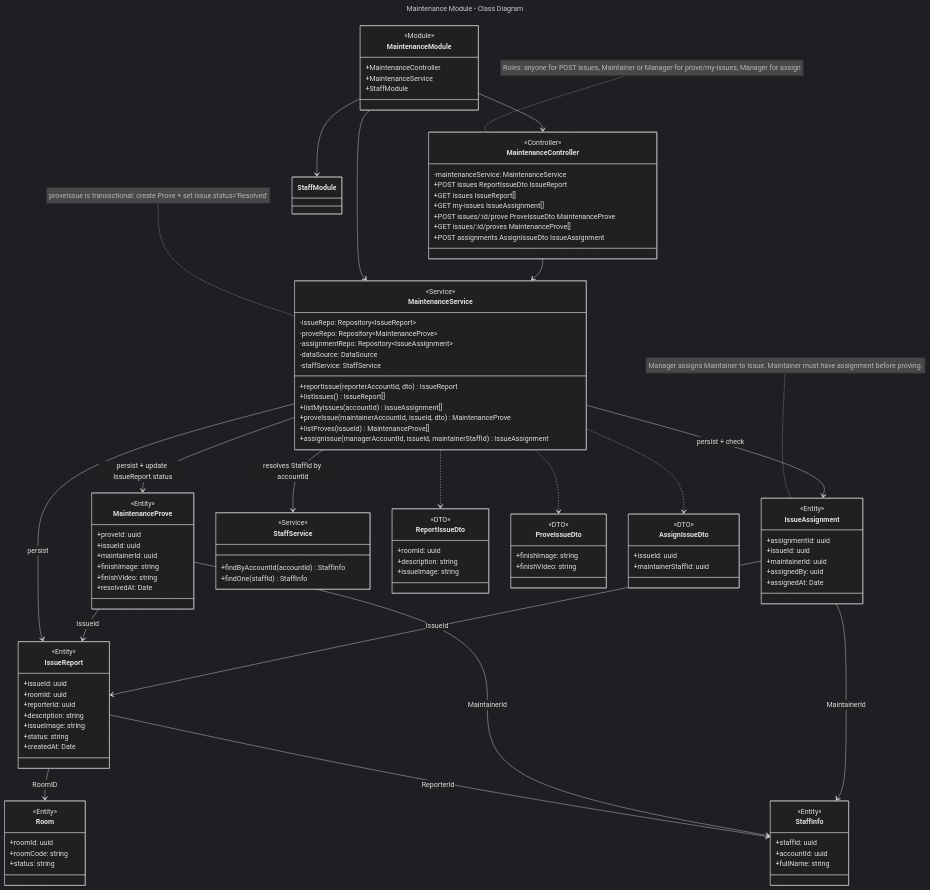
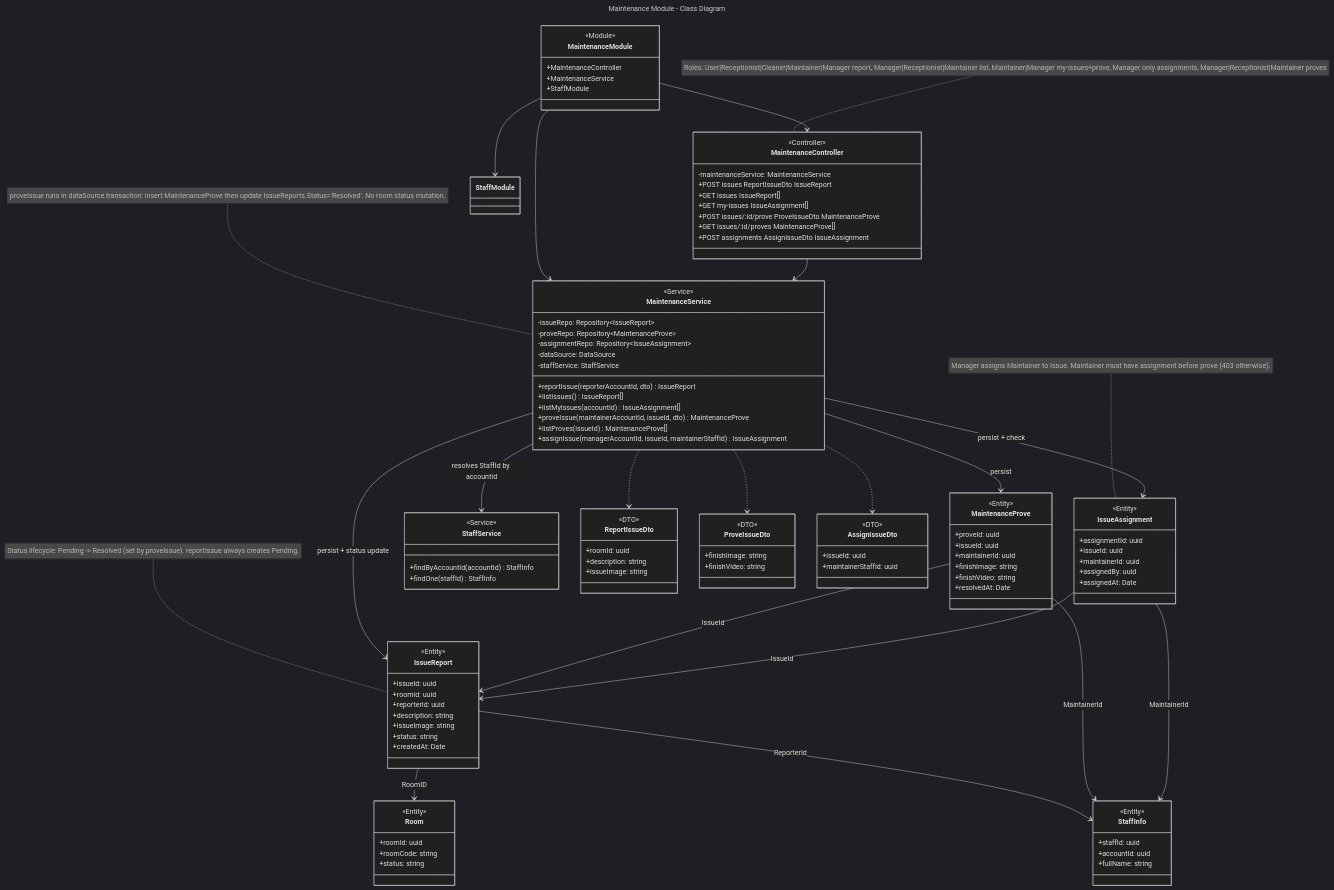
One commit to Notimemech/HotelHubManagement changed the diagram in docs/modules/maintenance/class.mmd. Above: the diagram before and after it, drawn with Mermaid (dark theme). The commit also changed 6 other files, not shown here.

Commit message:
feat: Update housekeeping and maintenance diagrams with new classes and sequence flows

```diff
--- a/docs/modules/maintenance/class.mmd
+++ b/docs/modules/maintenance/class.mmd
@@ -1,129 +1,130 @@
 ---
 title: Maintenance Module - Class Diagram
 ---
 classDiagram
     class MaintenanceModule {
         <<Module>>
         +MaintenanceController
         +MaintenanceService
         +StaffModule
     }
 
     class MaintenanceController {
         <<Controller>>
         -maintenanceService: MaintenanceService
         +POST issues ReportIssueDto IssueReport
         +GET issues IssueReport[]
         +GET my-issues IssueAssignment[]
         +POST issues/:id/prove ProveIssueDto MaintenanceProve
         +GET issues/:id/proves MaintenanceProve[]
         +POST assignments AssignIssueDto IssueAssignment
     }
 
     class MaintenanceService {
         <<Service>>
         -issueRepo: Repository~IssueReport~
         -proveRepo: Repository~MaintenanceProve~
         -assignmentRepo: Repository~IssueAssignment~
         -dataSource: DataSource
         -staffService: StaffService
         +reportIssue(reporterAccountId, dto) IssueReport
         +listIssues() IssueReport[]
         +listMyIssues(accountId) IssueAssignment[]
         +proveIssue(maintainerAccountId, issueId, dto) MaintenanceProve
         +listProves(issueId) MaintenanceProve[]
         +assignIssue(managerAccountId, issueId, maintainerStaffId) IssueAssignment
     }
 
     class IssueReport {
         <<Entity>>
         +issueId: uuid
         +roomId: uuid
         +reporterId: uuid
         +description: string
         +issueImage: string
         +status: string
         +createdAt: Date
     }
 
     class MaintenanceProve {
         <<Entity>>
         +proveId: uuid
         +issueId: uuid
         +maintainerId: uuid
         +finishImage: string
         +finishVideo: string
         +resolvedAt: Date
     }
 
     class IssueAssignment {
         <<Entity>>
         +assignmentId: uuid
         +issueId: uuid
         +maintainerId: uuid
         +assignedBy: uuid
         +assignedAt: Date
     }
 
     class Room {
         <<Entity>>
         +roomId: uuid
         +roomCode: string
         +status: string
     }
 
     class StaffInfo {
         <<Entity>>
         +staffId: uuid
         +accountId: uuid
         +fullName: string
     }
 
     class StaffService {
         <<Service>>
         +findByAccountId(accountId) StaffInfo
         +findOne(staffId) StaffInfo
     }
 
     class ReportIssueDto {
         <<DTO>>
         +roomId: uuid
         +description: string
         +issueImage: string
     }
 
     class ProveIssueDto {
         <<DTO>>
         +finishImage: string
         +finishVideo: string
     }
 
     class AssignIssueDto {
         <<DTO>>
         +issueId: uuid
         +maintainerStaffId: uuid
     }
 
     MaintenanceModule --> MaintenanceController
     MaintenanceModule --> MaintenanceService
     MaintenanceModule --> StaffModule
     MaintenanceController --> MaintenanceService
     MaintenanceService --> StaffService : resolves StaffId by accountId
-    MaintenanceService --> IssueReport : persist
-    MaintenanceService --> MaintenanceProve : persist + update IssueReport.status
+    MaintenanceService --> IssueReport : persist + status update
+    MaintenanceService --> MaintenanceProve : persist
     MaintenanceService --> IssueAssignment : persist + check
 
     IssueReport --> Room : RoomID
     IssueReport --> StaffInfo : ReporterId
     MaintenanceProve --> IssueReport : IssueId
     MaintenanceProve --> StaffInfo : MaintainerId
     IssueAssignment --> IssueReport : IssueId
     IssueAssignment --> StaffInfo : MaintainerId
 
     MaintenanceService ..> ReportIssueDto
     MaintenanceService ..> ProveIssueDto
     MaintenanceService ..> AssignIssueDto
 
-    note for MaintenanceController "Roles: anyone for POST issues, Maintainer or Manager for prove/my-issues, Manager for assign"
-    note for MaintenanceService "proveIssue is transactional: create Prove + set Issue.status='Resolved'"
-    note for IssueAssignment "Manager assigns Maintainer to Issue. Maintainer must have assignment before proving."
+    note for MaintenanceController "Roles: User|Receptionist|Cleaner|Maintainer|Manager report, Manager|Receptionist|Maintainer list, Maintainer|Manager my-issues+prove, Manager only assignments, Manager|Receptionist|Maintainer proves"
+    note for MaintenanceService "proveIssue runs in dataSource.transaction: insert MaintenanceProve then update IssueReports.Status='Resolved'. No room status mutation."
+    note for IssueAssignment "Manager assigns Maintainer to Issue. Maintainer must have assignment before prove (403 otherwise)."
+    note for IssueReport "Status lifecycle: Pending -> Resolved (set by proveIssue). reportIssue always creates Pending."
```
